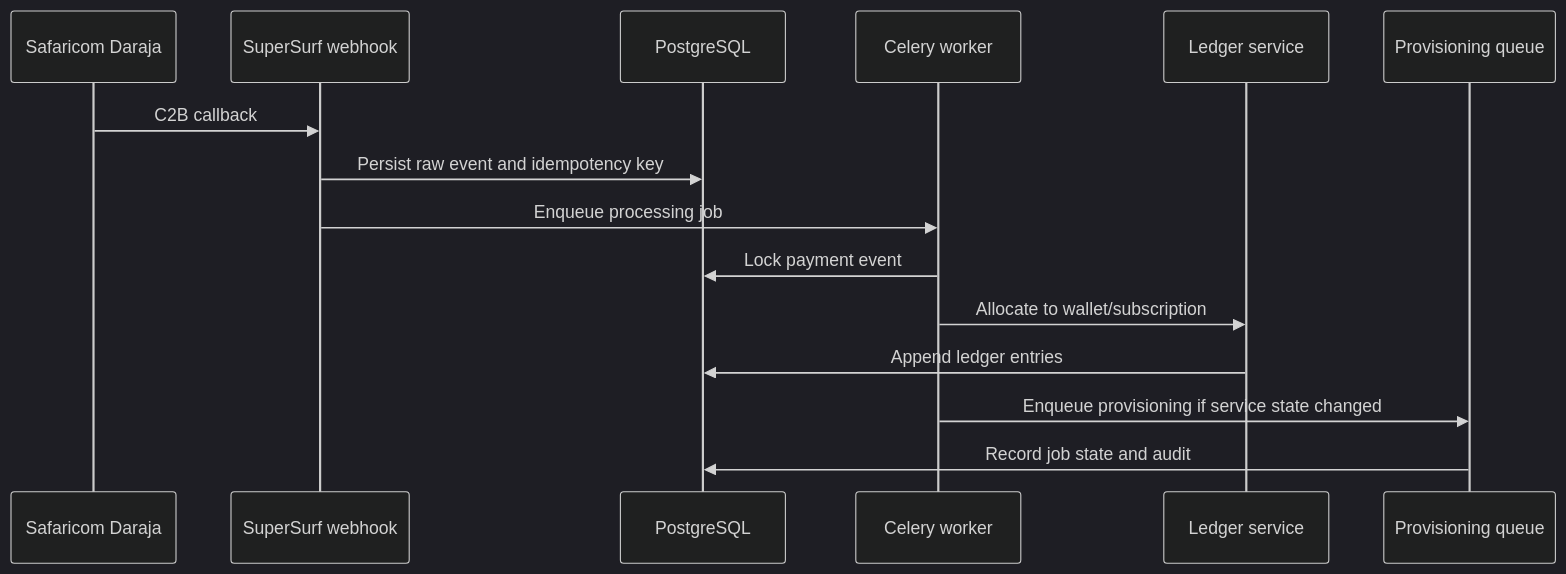
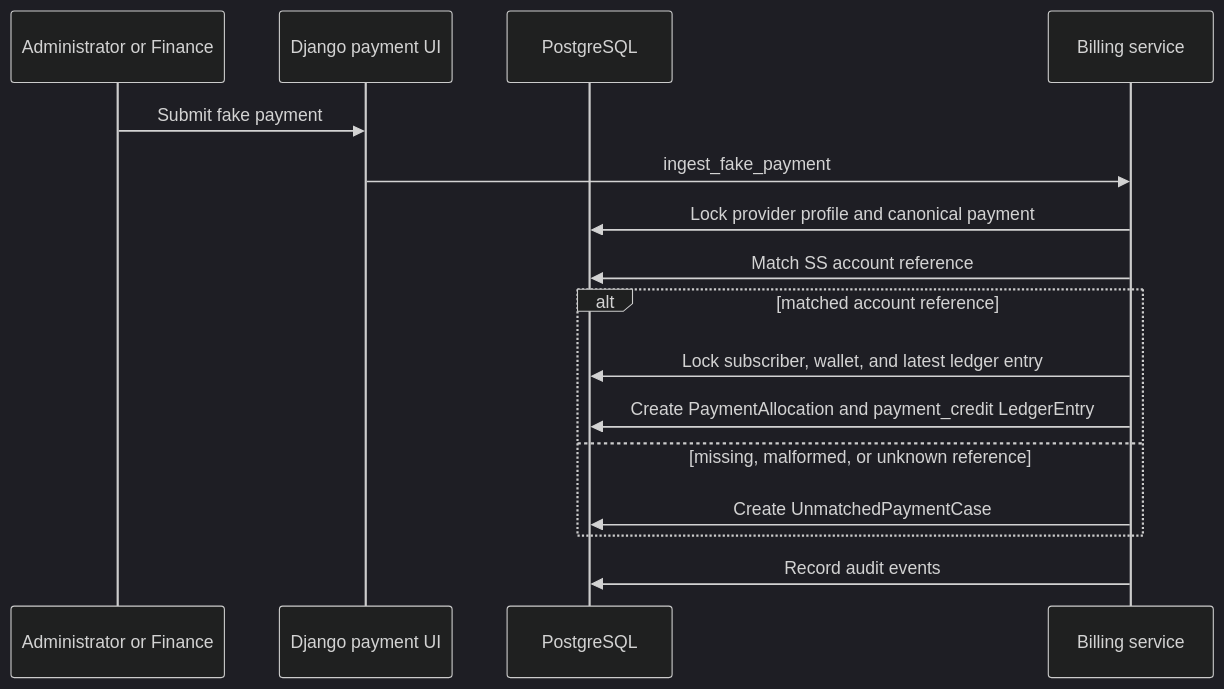
One commit to wangari327/supersurf-billing-phase0 changed the third of 4 diagrams in docs/architecture/diagrams.md. Above: the diagram before and after it, drawn with Mermaid (dark theme). The commit also changed other lines of this file and 32 other files, not shown here.

````diff
--- a/docs/architecture/diagrams.md
+++ b/docs/architecture/diagrams.md
@@ -46,18 +46,19 @@
 ```mermaid
 sequenceDiagram
-    participant Daraja as Safaricom Daraja
-    participant Web as SuperSurf webhook
+    participant Staff as Administrator or Finance
+    participant Web as Django payment UI
     participant DB as PostgreSQL
-    participant Worker as Celery worker
-    participant Ledger as Ledger service
-    participant Network as Provisioning queue
+    participant Billing as Billing service
 
-    Daraja->>Web: C2B callback
-    Web->>DB: Persist raw event and idempotency key
-    Web->>Worker: Enqueue processing job
-    Worker->>DB: Lock payment event
-    Worker->>Ledger: Allocate to wallet/subscription
-    Ledger->>DB: Append ledger entries
-    Worker->>Network: Enqueue provisioning if service state changed
-    Network->>DB: Record job state and audit
+    Staff->>Web: Submit fake payment
+    Web->>Billing: ingest_fake_payment
+    Billing->>DB: Lock provider profile and canonical payment
+    Billing->>DB: Match SS account reference
+    alt matched account reference
+        Billing->>DB: Lock subscriber, wallet, and latest ledger entry
+        Billing->>DB: Create PaymentAllocation and payment_credit LedgerEntry
+    else missing, malformed, or unknown reference
+        Billing->>DB: Create UnmatchedPaymentCase
+    end
+    Billing->>DB: Record audit events
 ```
````
